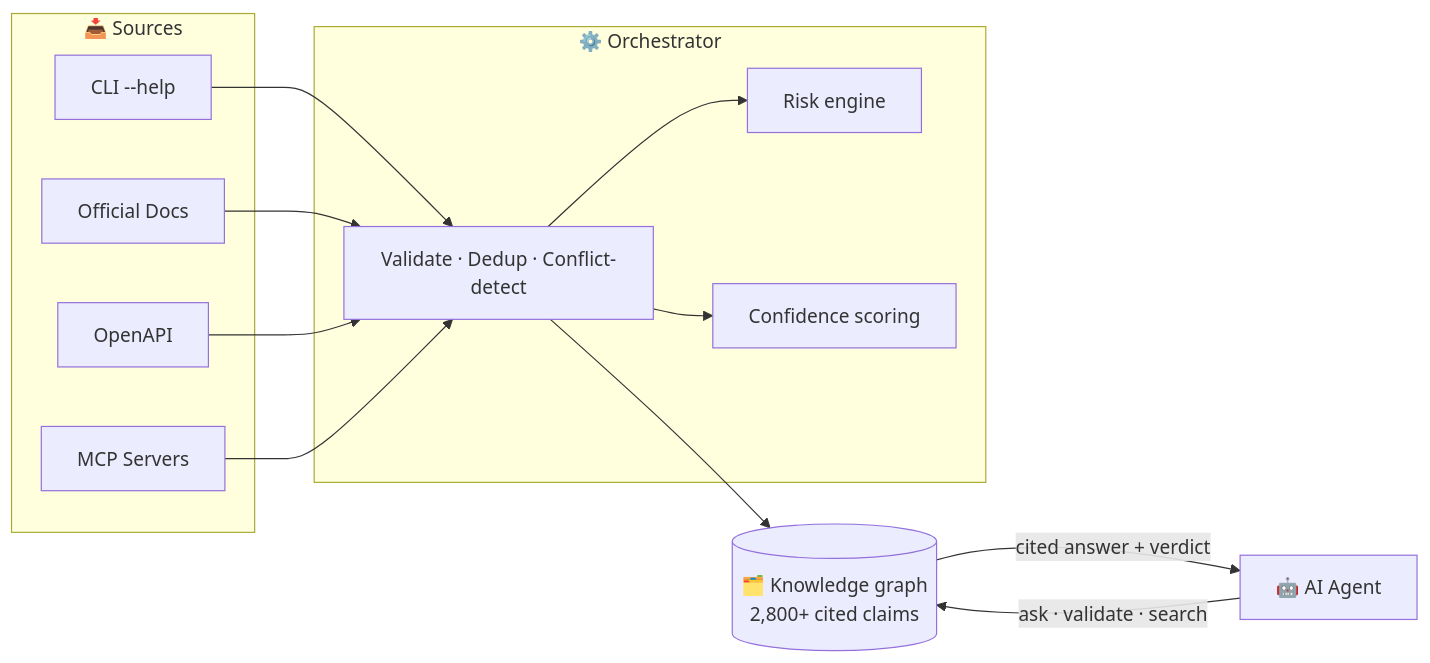
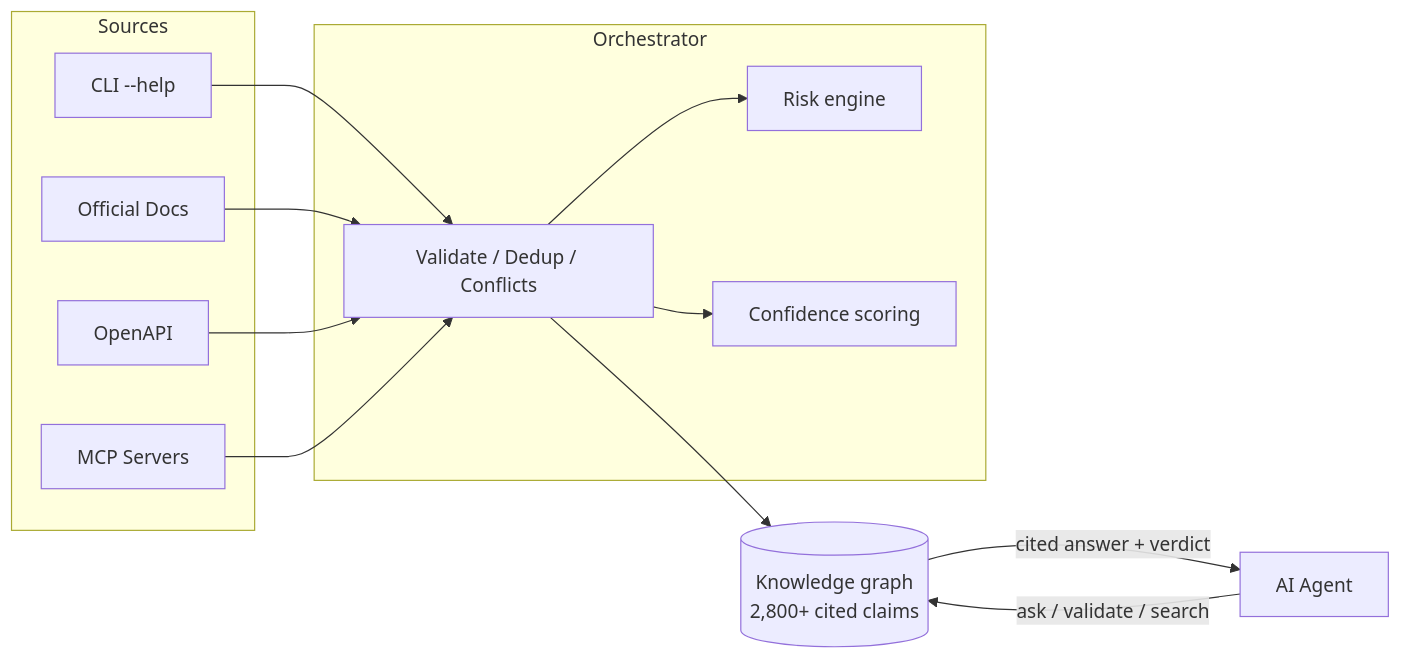
The diagram in README.md (ruth411/AgentAtlas), drawn with Mermaid before and after one commit.

````diff
--- a/README.md
+++ b/README.md
@@ -479,30 +479,30 @@
 ```mermaid
 flowchart LR
-    subgraph Sources["📥 Sources"]
-        CLI[CLI --help]
-        DOCS[Official Docs]
-        OAS[OpenAPI]
-        MCP[MCP Servers]
+    subgraph Sources["Sources"]
+        CLI["CLI --help"]
+        DOCS["Official Docs"]
+        OAS["OpenAPI"]
+        MCP["MCP Servers"]
     end
 
-    subgraph Engine["⚙️ Orchestrator"]
-        ORCH[Validate · Dedup · Conflict-detect]
-        RISK[Risk engine]
-        CONF[Confidence scoring]
+    subgraph Engine["Orchestrator"]
+        ORCH["Validate / Dedup / Conflicts"]
+        RISK["Risk engine"]
+        CONF["Confidence scoring"]
     end
 
-    GRAPH[("🗂️ Knowledge graph<br/>2,800+ cited claims")]
-    AGENT[🤖 AI Agent]
+    GRAPH[("Knowledge graph<br/>2,800+ cited claims")]
+    AGENT["AI Agent"]
 
     CLI --> ORCH
     DOCS --> ORCH
     OAS --> ORCH
     MCP --> ORCH
 
     ORCH --> RISK
     ORCH --> CONF
     ORCH --> GRAPH
 
-    AGENT -->|ask · validate · search| GRAPH
-    GRAPH -->|cited answer + verdict| AGENT
+    AGENT -->|"ask / validate / search"| GRAPH
+    GRAPH -->|"cited answer + verdict"| AGENT
 ```
````
